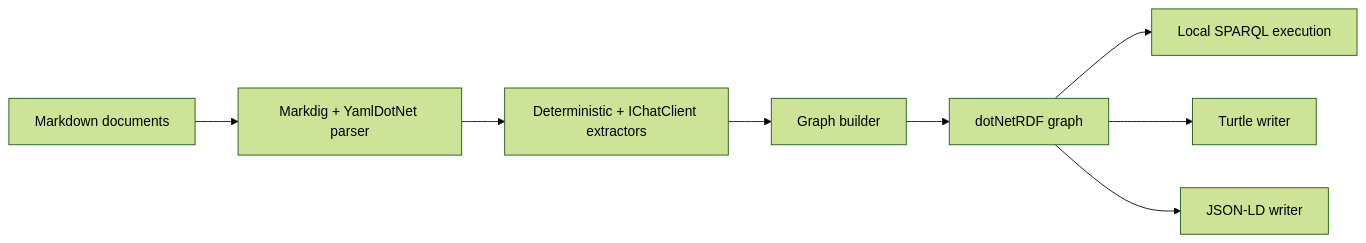
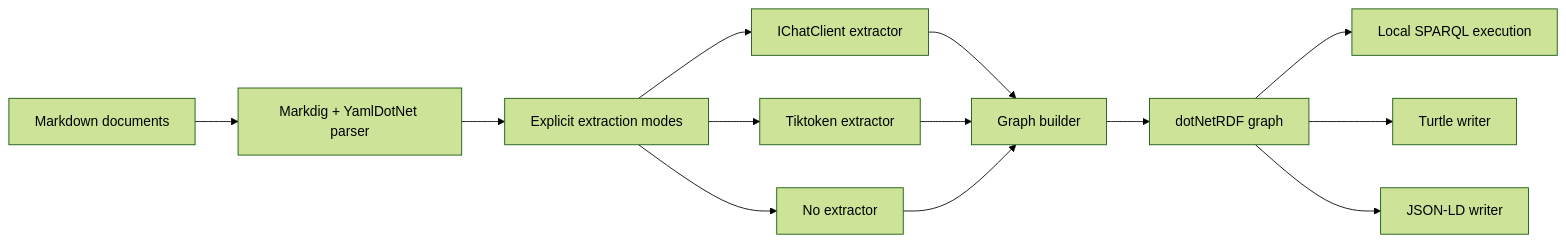
Before and after one commit to managedcode/markdown-ld-kb: the diagram in docs/ADR/ADR-0001-rdf-sparql-library.md, drawn with Mermaid (forest theme). The commit also changed other lines of this file and 52 other files, not shown here.

Commit message:
feat: add tiktoken graph extraction

````diff
--- a/docs/ADR/ADR-0001-rdf-sparql-library.md
+++ b/docs/ADR/ADR-0001-rdf-sparql-library.md
@@ -55,10 +55,15 @@
 ```mermaid
 flowchart LR
     Markdown["Markdown documents"] --> Parser["Markdig + YamlDotNet parser"]
-    Parser --> Extractor["Deterministic + IChatClient extractors"]
-    Extractor --> Builder["Graph builder"]
+    Parser --> Extractor["Explicit extraction modes"]
+    Extractor --> Chat["IChatClient extractor"]
+    Extractor --> Token["Tiktoken extractor"]
+    Extractor --> None["No extractor"]
+    Chat --> Builder["Graph builder"]
+    Token --> Builder
+    None --> Builder
     Builder --> DotNetRdf["dotNetRDF graph"]
     DotNetRdf --> Sparql["Local SPARQL execution"]
     DotNetRdf --> Turtle["Turtle writer"]
     DotNetRdf --> JsonLd["JSON-LD writer"]
 ```
````
